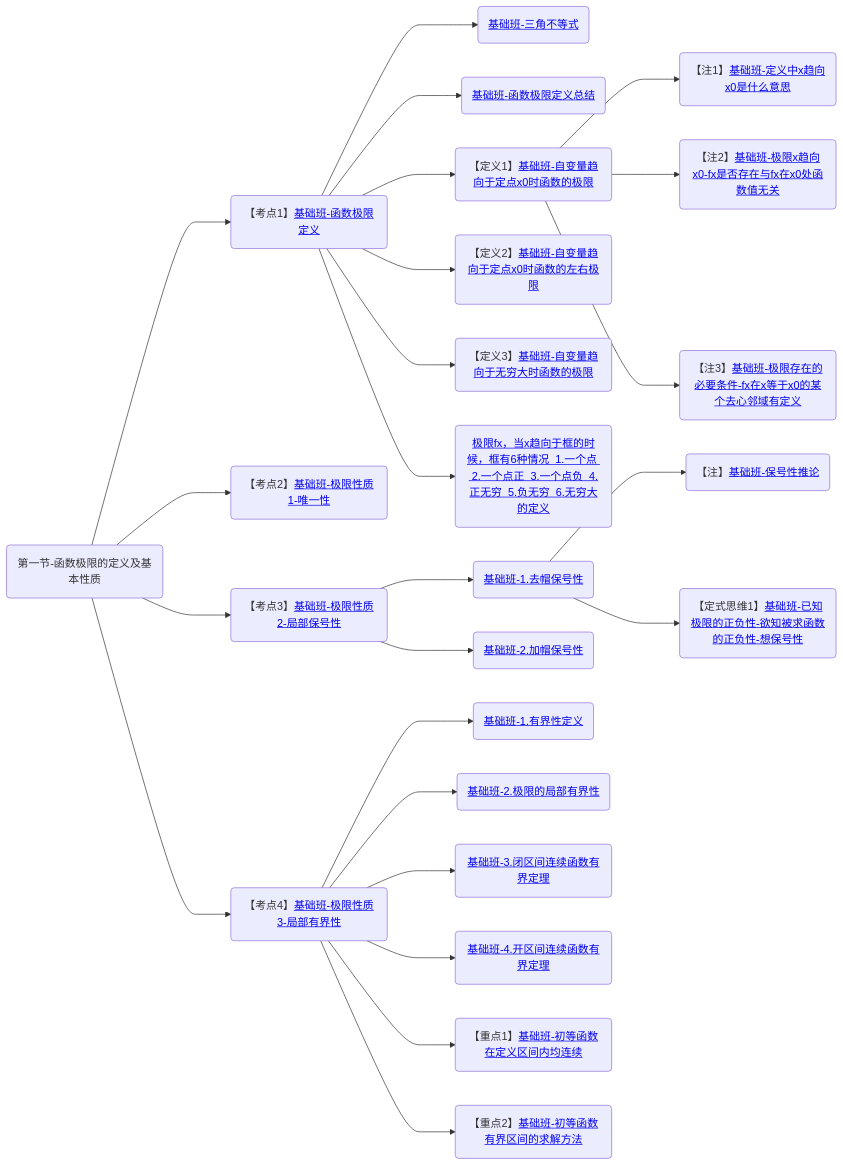
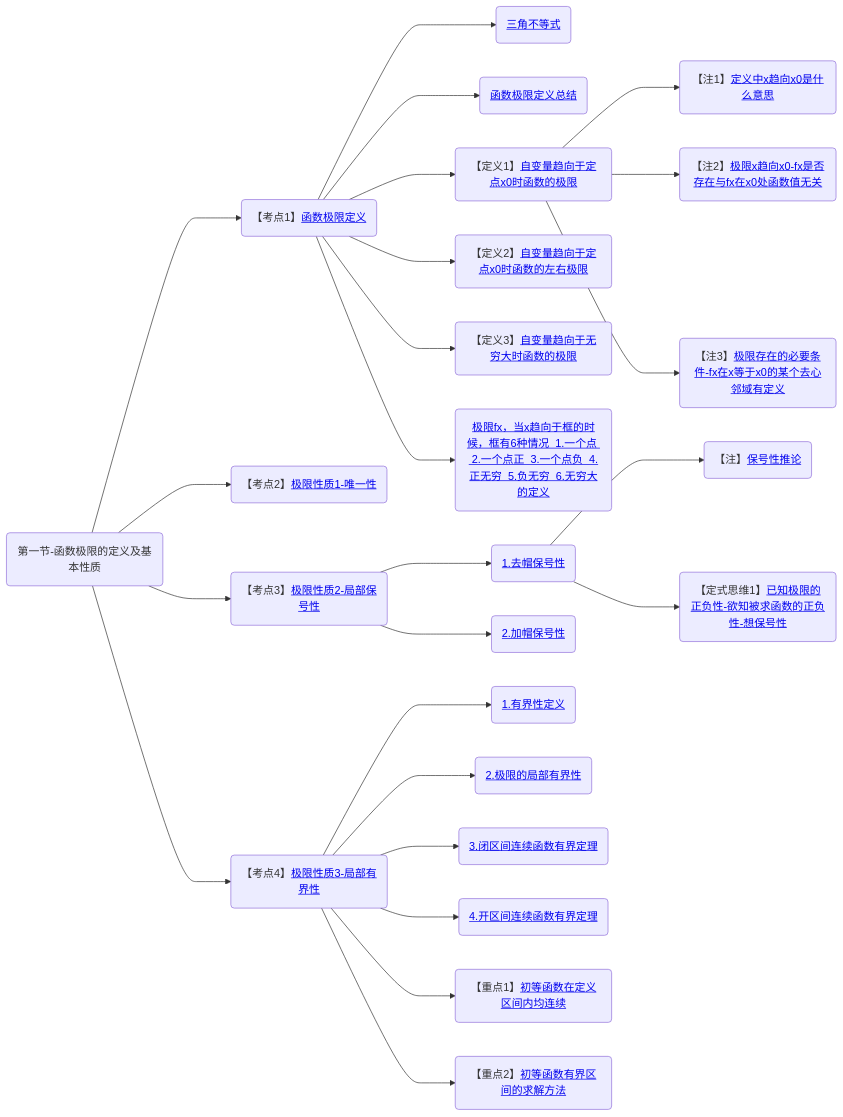
The first of 2 diagrams in 笔记/数学/周洋鑫/基础班/00.大纲.md (yuebinghui/note), drawn with Mermaid before and after one commit. The commit also changed other lines of this file and 8 other files, not shown here.

````diff
--- a/笔记/数学/周洋鑫/基础班/00.大纲.md
+++ b/笔记/数学/周洋鑫/基础班/00.大纲.md
@@ -3,34 +3,34 @@
 ```mermaid
 graph LR
 第一节-函数极限的定义及基本性质(第一节-函数极限的定义及基本性质)
 
-第一节-函数极限的定义及基本性质--->基础班-函数极限定义(【考点1】<a href="/Users/yuebinghui/Documents/program/github/note/笔记/数学/周洋鑫/基础班/01.函数极限的定义与性质.md#基础班-函数极限定义">基础班-函数极限定义</>)
+第一节-函数极限的定义及基本性质--->函数极限定义(【考点1】<a href="/Users/yuebinghui/Documents/program/github/note/笔记/数学/周洋鑫/基础班/01.函数极限的定义与性质.md#函数极限定义">函数极限定义</>)
 
-基础班-函数极限定义--->基础班-三角不等式(<a href="/Users/yuebinghui/Documents/program/github/note/笔记/数学/周洋鑫/基础班/01.函数极限的定义与性质.md#基础班-三角不等式">基础班-三角不等式</>)
-基础班-函数极限定义--->基础班-函数极限定义总结(<a href="/Users/yuebinghui/Documents/program/github/note/笔记/数学/周洋鑫/基础班/01.函数极限的定义与性质.md#基础班-函数极限定义总结">基础班-函数极限定义总结</>)
-基础班-函数极限定义--->基础班-自变量趋向于定点x0时函数的极限(【定义1】<a href="/Users/yuebinghui/Documents/program/github/note/笔记/数学/周洋鑫/基础班/01.函数极限的定义与性质.md#基础班-自变量趋向于定点x0时函数的极限">基础班-自变量趋向于定点x0时函数的极限</>)
-基础班-自变量趋向于定点x0时函数的极限--->基础班-定义中x趋向x0是什么意思(【注1】<a href="/Users/yuebinghui/Documents/program/github/note/笔记/数学/周洋鑫/基础班/01.函数极限的定义与性质.md#基础班-定义中x趋向x0是什么意思">基础班-定义中x趋向x0是什么意思</>)
-基础班-自变量趋向于定点x0时函数的极限--->基础班-极限x趋向x0-fx是否存在与fx在x0处函数值无关(【注2】<a href="/Users/yuebinghui/Documents/program/github/note/笔记/数学/周洋鑫/基础班/01.函数极限的定义与性质.md#基础班-极限x趋向x0-fx是否存在与fx在x0处函数值无关">基础班-极限x趋向x0-fx是否存在与fx在x0处函数值无关</>)
-基础班-自变量趋向于定点x0时函数的极限--->基础班-极限存在的必要条件-fx在x等于x0的某个去心邻域有定义(【注3】<a href="/Users/yuebinghui/Documents/program/github/note/笔记/数学/周洋鑫/基础班/01.函数极限的定义与性质.md#基础班-极限存在的必要条件-fx在x等于x0的某个去心邻域有定义">基础班-极限存在的必要条件-fx在x等于x0的某个去心邻域有定义</>)
-基础班-函数极限定义--->基础班-自变量趋向于定点x0时函数的左右极限(【定义2】<a href="/Users/yuebinghui/Documents/program/github/note/笔记/数学/周洋鑫/基础班/01.函数极限的定义与性质.md#基础班-自变量趋向于定点x0时函数的左右极限">基础班-自变量趋向于定点x0时函数的左右极限</>)
-基础班-函数极限定义--->基础班-自变量趋向于无穷大时函数的极限(【定义3】<a href="/Users/yuebinghui/Documents/program/github/note/笔记/数学/周洋鑫/基础班/01.函数极限的定义与性质.md#基础班-自变量趋向于无穷大时函数的极限">基础班-自变量趋向于无穷大时函数的极限</>)
-基础班-函数极限定义--->基础班-极限fx-x趋向于框的时候框有6种情况1.一个点2.一个点正3.一个点负4.正无穷5.负无穷6.无穷大的定义(<a href="/Users/yuebinghui/Documents/program/github/note/笔记/数学/周洋鑫/基础班/01.函数极限的定义与性质.md#基础班-极限fx-x趋向于框的时候框有6种情况1.一个点2.一个点正3.一个点负4.正无穷5.负无穷6.无穷大的定义">极限fx，当x趋向于框的时候，框有6种情况  1.一个点  2.一个点正  3.一个点负  4.正无穷  5.负无穷  6.无穷大的定义</>)
+函数极限定义--->三角不等式(<a href="/Users/yuebinghui/Documents/program/github/note/笔记/数学/周洋鑫/基础班/01.函数极限的定义与性质.md#三角不等式">三角不等式</>)
+函数极限定义--->函数极限定义总结(<a href="/Users/yuebinghui/Documents/program/github/note/笔记/数学/周洋鑫/基础班/01.函数极限的定义与性质.md#函数极限定义总结">函数极限定义总结</>)
+函数极限定义--->自变量趋向于定点x0时函数的极限(【定义1】<a href="/Users/yuebinghui/Documents/program/github/note/笔记/数学/周洋鑫/基础班/01.函数极限的定义与性质.md#自变量趋向于定点x0时函数的极限">自变量趋向于定点x0时函数的极限</>)
+自变量趋向于定点x0时函数的极限--->定义中x趋向x0是什么意思(【注1】<a href="/Users/yuebinghui/Documents/program/github/note/笔记/数学/周洋鑫/基础班/01.函数极限的定义与性质.md#定义中x趋向x0是什么意思">定义中x趋向x0是什么意思</>)
+自变量趋向于定点x0时函数的极限--->极限x趋向x0-fx是否存在与fx在x0处函数值无关(【注2】<a href="/Users/yuebinghui/Documents/program/github/note/笔记/数学/周洋鑫/基础班/01.函数极限的定义与性质.md#极限x趋向x0-fx是否存在与fx在x0处函数值无关">极限x趋向x0-fx是否存在与fx在x0处函数值无关</>)
+自变量趋向于定点x0时函数的极限--->极限存在的必要条件-fx在x等于x0的某个去心邻域有定义(【注3】<a href="/Users/yuebinghui/Documents/program/github/note/笔记/数学/周洋鑫/基础班/01.函数极限的定义与性质.md#极限存在的必要条件-fx在x等于x0的某个去心邻域有定义">极限存在的必要条件-fx在x等于x0的某个去心邻域有定义</>)
+函数极限定义--->自变量趋向于定点x0时函数的左右极限(【定义2】<a href="/Users/yuebinghui/Documents/program/github/note/笔记/数学/周洋鑫/基础班/01.函数极限的定义与性质.md#自变量趋向于定点x0时函数的左右极限">自变量趋向于定点x0时函数的左右极限</>)
+函数极限定义--->自变量趋向于无穷大时函数的极限(【定义3】<a href="/Users/yuebinghui/Documents/program/github/note/笔记/数学/周洋鑫/基础班/01.函数极限的定义与性质.md#自变量趋向于无穷大时函数的极限">自变量趋向于无穷大时函数的极限</>)
+函数极限定义--->极限fx-x趋向于框的时候框有6种情况1.一个点2.一个点正3.一个点负4.正无穷5.负无穷6.无穷大的定义(<a href="/Users/yuebinghui/Documents/program/github/note/笔记/数学/周洋鑫/基础班/01.函数极限的定义与性质.md#极限fx-x趋向于框的时候框有6种情况1.一个点2.一个点正3.一个点负4.正无穷5.负无穷6.无穷大的定义">极限fx，当x趋向于框的时候，框有6种情况  1.一个点  2.一个点正  3.一个点负  4.正无穷  5.负无穷  6.无穷大的定义</>)
 
-第一节-函数极限的定义及基本性质--->基础班-极限性质1-唯一性(【考点2】<a href="/Users/yuebinghui/Documents/program/github/note/笔记/数学/周洋鑫/基础班/01.函数极限的定义与性质.md#基础班-极限性质1-唯一性">基础班-极限性质1-唯一性</>)
+第一节-函数极限的定义及基本性质--->极限性质1-唯一性(【考点2】<a href="/Users/yuebinghui/Documents/program/github/note/笔记/数学/周洋鑫/基础班/01.函数极限的定义与性质.md#极限性质1-唯一性">极限性质1-唯一性</>)
 
-第一节-函数极限的定义及基本性质--->基础班-极限性质2-局部保号性(【考点3】<a href="/Users/yuebinghui/Documents/program/github/note/笔记/数学/周洋鑫/基础班/01.函数极限的定义与性质.md#基础班-极限性质2-局部保号性">基础班-极限性质2-局部保号性</>)
-基础班-极限性质2-局部保号性--->基础班-1.去帽保号性(<a href="/Users/yuebinghui/Documents/program/github/note/笔记/数学/周洋鑫/基础班/01.函数极限的定义与性质.md#基础班-1.去帽保号性">基础班-1.去帽保号性</>)
-基础班-1.去帽保号性--->基础班-保号性推论(【注】<a href="/Users/yuebinghui/Documents/program/github/note/笔记/数学/周洋鑫/基础班/01.函数极限的定义与性质.md#基础班-保号性推论">基础班-保号性推论</>)
-基础班-1.去帽保号性--->基础班-已知极限的正负性-欲知被求函数的正负性-想保号性(【定式思维1】<a href="/Users/yuebinghui/Documents/program/github/note/笔记/数学/周洋鑫/基础班/01.函数极限的定义与性质.md#基础班-已知极限的正负性-欲知被求函数的正负性-想保号性">基础班-已知极限的正负性-欲知被求函数的正负性-想保号性</>)
-基础班-极限性质2-局部保号性--->基础班-加帽保号性(<a href="/Users/yuebinghui/Documents/program/github/note/笔记/数学/周洋鑫/基础班/01.函数极限的定义与性质.md#基础班-加帽保号性">基础班-2.加帽保号性</>)
+第一节-函数极限的定义及基本性质--->极限性质2-局部保号性(【考点3】<a href="/Users/yuebinghui/Documents/program/github/note/笔记/数学/周洋鑫/基础班/01.函数极限的定义与性质.md#极限性质2-局部保号性">极限性质2-局部保号性</>)
+极限性质2-局部保号性--->1.去帽保号性(<a href="/Users/yuebinghui/Documents/program/github/note/笔记/数学/周洋鑫/基础班/01.函数极限的定义与性质.md#1.去帽保号性">1.去帽保号性</>)
+1.去帽保号性--->保号性推论(【注】<a href="/Users/yuebinghui/Documents/program/github/note/笔记/数学/周洋鑫/基础班/01.函数极限的定义与性质.md#保号性推论">保号性推论</>)
+1.去帽保号性--->已知极限的正负性-欲知被求函数的正负性-想保号性(【定式思维1】<a href="/Users/yuebinghui/Documents/program/github/note/笔记/数学/周洋鑫/基础班/01.函数极限的定义与性质.md#已知极限的正负性-欲知被求函数的正负性-想保号性">已知极限的正负性-欲知被求函数的正负性-想保号性</>)
+极限性质2-局部保号性--->加帽保号性(<a href="/Users/yuebinghui/Documents/program/github/note/笔记/数学/周洋鑫/基础班/01.函数极限的定义与性质.md#加帽保号性">2.加帽保号性</>)
 
-第一节-函数极限的定义及基本性质--->基础班-极限性质3-局部有界性(【考点4】<a href="/Users/yuebinghui/Documents/program/github/note/笔记/数学/周洋鑫/基础班/01.函数极限的定义与性质.md#基础班-极限性质3-局部有界性">基础班-极限性质3-局部有界性</>)
-基础班-极限性质3-局部有界性--->基础班-1.有界性定义(<a href="/Users/yuebinghui/Documents/program/github/note/笔记/数学/周洋鑫/基础班/01.函数极限的定义与性质.md#基础班-1.有界性定义">基础班-1.有界性定义</>)
-基础班-极限性质3-局部有界性--->基础班-2.极限的局部有界性(<a href="/Users/yuebinghui/Documents/program/github/note/笔记/数学/周洋鑫/基础班/01.函数极限的定义与性质.md#基础班-2.极限的局部有界性">基础班-2.极限的局部有界性</>)
-基础班-极限性质3-局部有界性--->基础班-3.闭区间连续函数有界定理(<a href="/Users/yuebinghui/Documents/program/github/note/笔记/数学/周洋鑫/基础班/01.函数极限的定义与性质.md#基础班-3.闭区间连续函数有界定理">基础班-3.闭区间连续函数有界定理</>)
-基础班-极限性质3-局部有界性--->基础班-4.开区间连续函数有界定理(<a href="/Users/yuebinghui/Documents/program/github/note/笔记/数学/周洋鑫/基础班/01.函数极限的定义与性质.md#基础班-4.开区间连续函数有界定理">基础班-4.开区间连续函数有界定理</>)
+第一节-函数极限的定义及基本性质--->极限性质3-局部有界性(【考点4】<a href="/Users/yuebinghui/Documents/program/github/note/笔记/数学/周洋鑫/基础班/01.函数极限的定义与性质.md#极限性质3-局部有界性">极限性质3-局部有界性</>)
+极限性质3-局部有界性--->1.有界性定义(<a href="/Users/yuebinghui/Documents/program/github/note/笔记/数学/周洋鑫/基础班/01.函数极限的定义与性质.md#1.有界性定义">1.有界性定义</>)
+极限性质3-局部有界性--->2.极限的局部有界性(<a href="/Users/yuebinghui/Documents/program/github/note/笔记/数学/周洋鑫/基础班/01.函数极限的定义与性质.md#2.极限的局部有界性">2.极限的局部有界性</>)
+极限性质3-局部有界性--->3.闭区间连续函数有界定理(<a href="/Users/yuebinghui/Documents/program/github/note/笔记/数学/周洋鑫/基础班/01.函数极限的定义与性质.md#3.闭区间连续函数有界定理">3.闭区间连续函数有界定理</>)
+极限性质3-局部有界性--->4.开区间连续函数有界定理(<a href="/Users/yuebinghui/Documents/program/github/note/笔记/数学/周洋鑫/基础班/01.函数极限的定义与性质.md#4.开区间连续函数有界定理">4.开区间连续函数有界定理</>)
 
-基础班-极限性质3-局部有界性--->基础班-初等函数在定义区间内均连续(【重点1】<a href="/Users/yuebinghui/Documents/program/github/note/笔记/数学/周洋鑫/基础班/01.函数极限的定义与性质.md#基础班-初等函数在定义区间内均连续">基础班-初等函数在定义区间内均连续</>)
-基础班-极限性质3-局部有界性--->基础班-初等函数有界区间的求解方法(【重点2】<a href="/Users/yuebinghui/Documents/program/github/note/笔记/数学/周洋鑫/基础班/01.函数极限的定义与性质.md#基础班-初等函数有界区间的求解方法">基础班-初等函数有界区间的求解方法</>)
+极限性质3-局部有界性--->初等函数在定义区间内均连续(【重点1】<a href="/Users/yuebinghui/Documents/program/github/note/笔记/数学/周洋鑫/基础班/01.函数极限的定义与性质.md#初等函数在定义区间内均连续">初等函数在定义区间内均连续</>)
+极限性质3-局部有界性--->初等函数有界区间的求解方法(【重点2】<a href="/Users/yuebinghui/Documents/program/github/note/笔记/数学/周洋鑫/基础班/01.函数极限的定义与性质.md#初等函数有界区间的求解方法">初等函数有界区间的求解方法</>)
 
 ```
````
